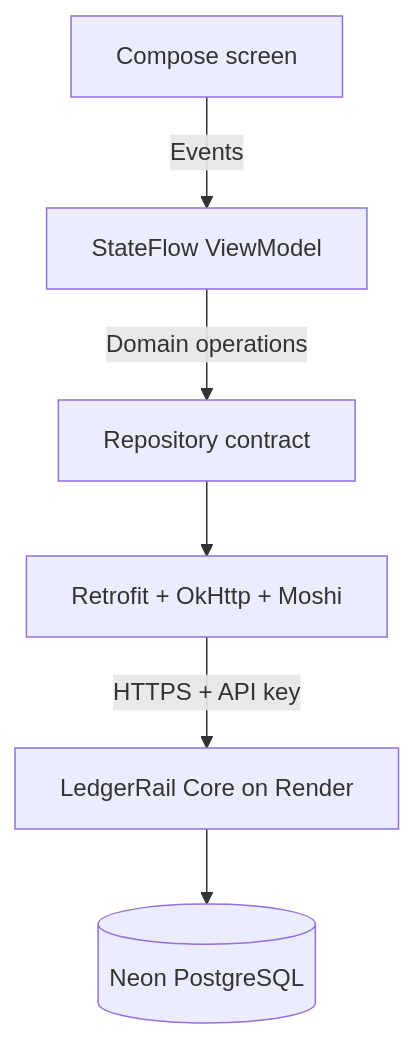
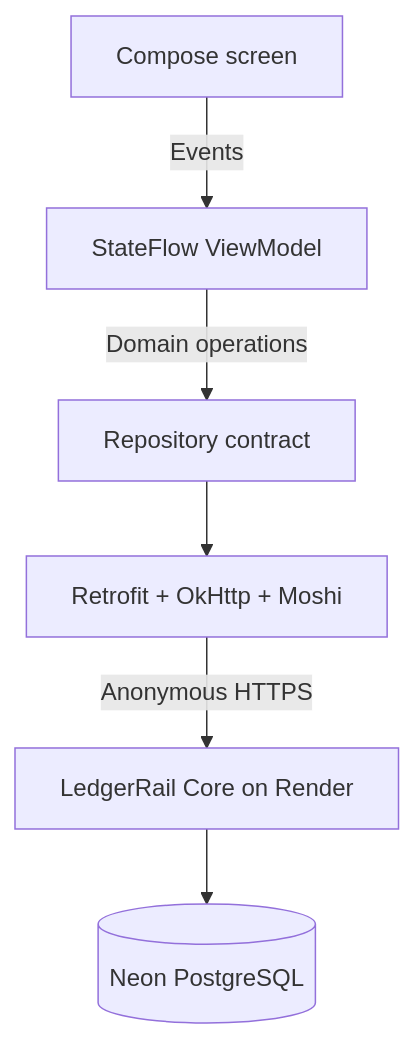
One commit to oranegonzales/ledgerrail-mobile changed the diagram in docs/ARCHITECTURE.md. Above: the diagram before and after it, drawn with Mermaid. The commit also changed other lines of this file and 21 other files, not shown here.

````diff
--- a/docs/ARCHITECTURE.md
+++ b/docs/ARCHITECTURE.md
@@ -5,8 +5,8 @@
 ```mermaid
 flowchart TD
     Screen[Compose screen] -->|Events| ViewModel[StateFlow ViewModel]
     ViewModel -->|Domain operations| Repository[Repository contract]
     Repository --> Client[Retrofit + OkHttp + Moshi]
-    Client -->|HTTPS + API key| Core[LedgerRail Core on Render]
+    Client -->|Anonymous HTTPS| Core[LedgerRail Core on Render]
     Core --> Database[(Neon PostgreSQL)]
 ```
````
